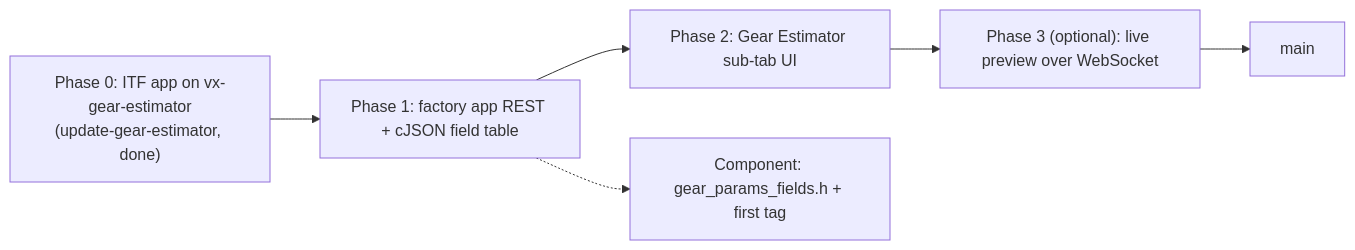
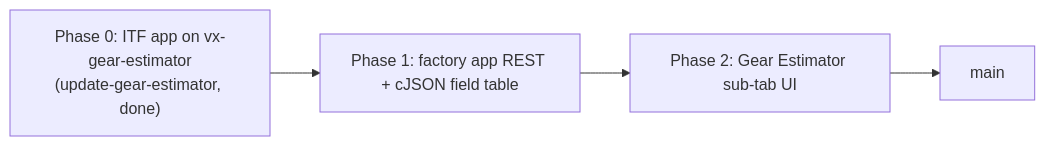
The second of 2 diagrams in docs/GEAR_ESTIMATOR_FACTORY_TAB_PLAN.md (martinroger/vx-binocle-espidf), drawn with Mermaid before and after one commit. The commit also changed other lines of this file, not shown here.

First line of the commit message:
docs: record decisions for the factory app gear parameters editor

````diff
--- a/docs/GEAR_ESTIMATOR_FACTORY_TAB_PLAN.md
+++ b/docs/GEAR_ESTIMATOR_FACTORY_TAB_PLAN.md
@@ -120,8 +133,6 @@
 ```mermaid
 flowchart LR
     P0["Phase 0: ITF app on vx-gear-estimator<br/>(update-gear-estimator, done)"] --> P1["Phase 1: factory app REST + cJSON field table"]
     P1 --> P2["Phase 2: Gear Estimator sub-tab UI"]
-    P2 --> P3["Phase 3 (optional): live preview over WebSocket"]
-    P1 -.-> C1["Component: gear_params_fields.h + first tag"]
-    P3 --> M[main]
+    P2 --> M[main]
 ```
````
